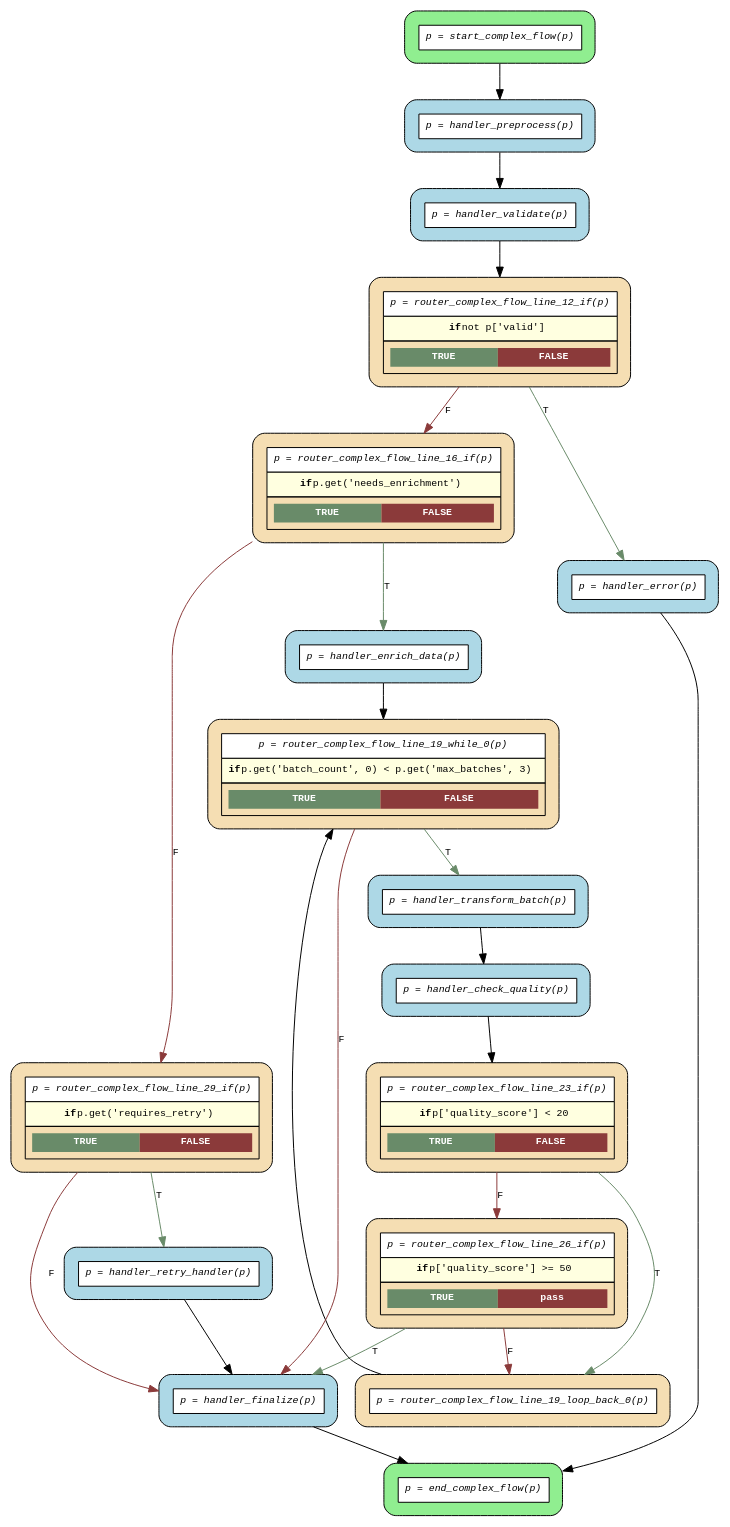
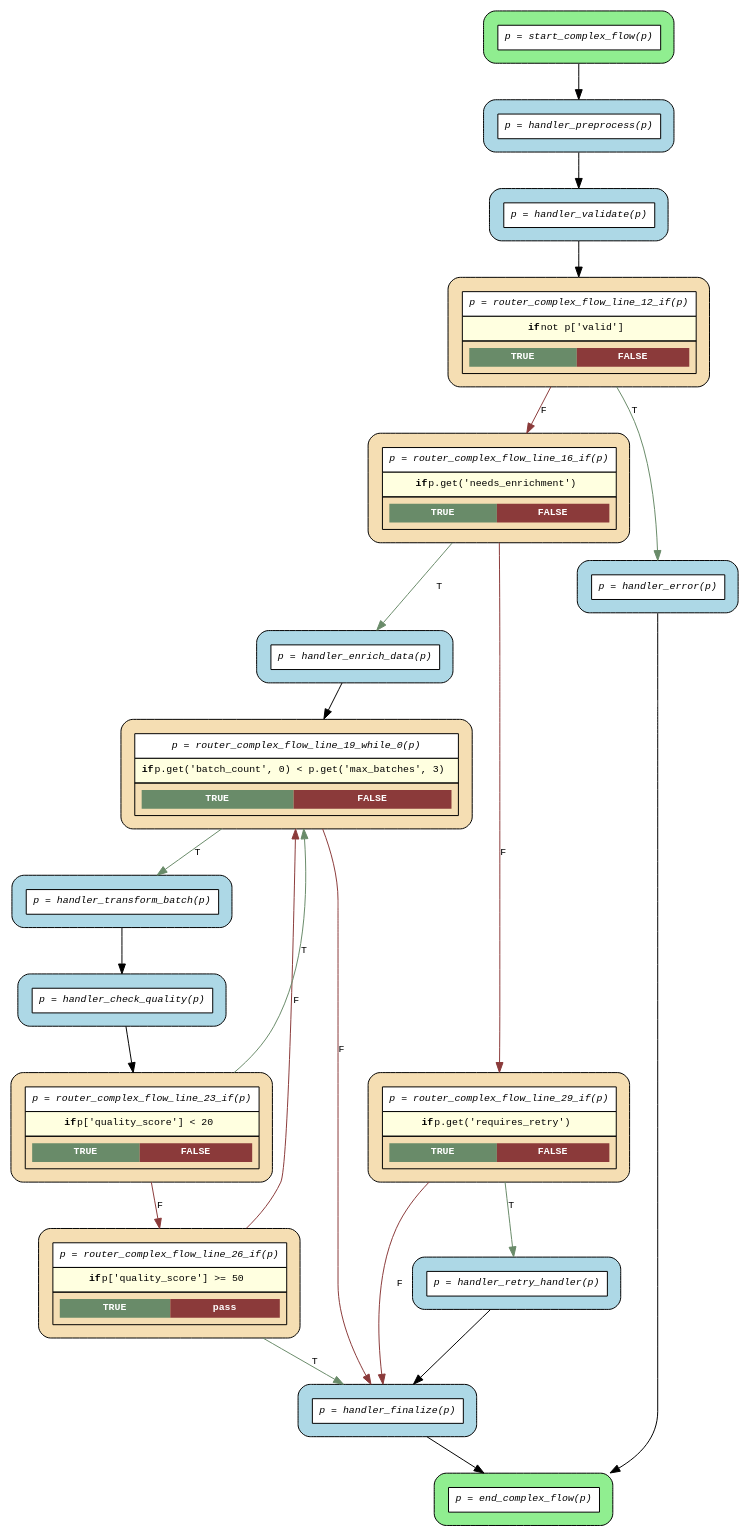
The diagram in examples/flows/compiled/complex_with_while/flow.dot (deliveryhero/asya), drawn with Graphviz before and after one commit. The commit also changed 40 other files, not shown here.

First line of the commit message:
fix(grouper): eliminate no-op loop_back routers for conditional while loops

```diff
--- a/examples/flows/compiled/complex_with_while/flow.dot
+++ b/examples/flows/compiled/complex_with_while/flow.dot
@@ -1,47 +1,45 @@
 digraph flow {
   rankdir=TB;
   graph [fontname="Courier", fontsize=10];
   node [fontname="Courier", fontsize=10, shape=box, style="filled,rounded", margin="0.2"];
   edge [fontname="Courier", fontsize=10];
 
   start_complex_flow [fillcolor="lightgreen", label=<<table border="0" cellspacing="0" cellpadding="6" cellborder="1"><tr><td bgcolor="white" align="center"><i>p = start_complex_flow(p)</i></td></tr></table>>];
   router_complex_flow_line_26_if [fillcolor="wheat", label=<<table border="0" cellspacing="0" cellpadding="6" cellborder="1"><tr><td bgcolor="white" align="center"><i>p = router_complex_flow_line_26_if(p)</i></td></tr><tr><td bgcolor="lightyellow"><b>if</b> p['quality_score'] &gt;= 50</td></tr><tr><td><table border="0" cellspacing="0" cellpadding="4"><tr><td bgcolor="darkseagreen4"><font color="white"><b>TRUE</b></font></td><td bgcolor="indianred4"><font color="white"><b>pass</b></font></td></tr></table></td></tr></table>>];
   router_complex_flow_line_23_if [fillcolor="wheat", label=<<table border="0" cellspacing="0" cellpadding="6" cellborder="1"><tr><td bgcolor="white" align="center"><i>p = router_complex_flow_line_23_if(p)</i></td></tr><tr><td bgcolor="lightyellow"><b>if</b> p['quality_score'] &lt; 20</td></tr><tr><td><table border="0" cellspacing="0" cellpadding="4"><tr><td bgcolor="darkseagreen4"><font color="white"><b>TRUE</b></font></td><td bgcolor="indianred4"><font color="white"><b>FALSE</b></font></td></tr></table></td></tr></table>>];
-  router_complex_flow_line_19_loop_back_0 [fillcolor="wheat", label=<<table border="0" cellspacing="0" cellpadding="6" cellborder="1"><tr><td bgcolor="white" align="center"><i>p = router_complex_flow_line_19_loop_back_0(p)</i></td></tr></table>>];
   router_complex_flow_line_19_while_0 [fillcolor="wheat", label=<<table border="0" cellspacing="0" cellpadding="6" cellborder="1"><tr><td bgcolor="white" align="center"><i>p = router_complex_flow_line_19_while_0(p)</i></td></tr><tr><td bgcolor="lightyellow"><b>if</b> p.get('batch_count', 0) &lt; p.get('max_batches', 3)</td></tr><tr><td><table border="0" cellspacing="0" cellpadding="4"><tr><td bgcolor="darkseagreen4"><font color="white"><b>TRUE</b></font></td><td bgcolor="indianred4"><font color="white"><b>FALSE</b></font></td></tr></table></td></tr></table>>];
   router_complex_flow_line_29_if [fillcolor="wheat", label=<<table border="0" cellspacing="0" cellpadding="6" cellborder="1"><tr><td bgcolor="white" align="center"><i>p = router_complex_flow_line_29_if(p)</i></td></tr><tr><td bgcolor="lightyellow"><b>if</b> p.get('requires_retry')</td></tr><tr><td><table border="0" cellspacing="0" cellpadding="4"><tr><td bgcolor="darkseagreen4"><font color="white"><b>TRUE</b></font></td><td bgcolor="indianred4"><font color="white"><b>FALSE</b></font></td></tr></table></td></tr></table>>];
   router_complex_flow_line_16_if [fillcolor="wheat", label=<<table border="0" cellspacing="0" cellpadding="6" cellborder="1"><tr><td bgcolor="white" align="center"><i>p = router_complex_flow_line_16_if(p)</i></td></tr><tr><td bgcolor="lightyellow"><b>if</b> p.get('needs_enrichment')</td></tr><tr><td><table border="0" cellspacing="0" cellpadding="4"><tr><td bgcolor="darkseagreen4"><font color="white"><b>TRUE</b></font></td><td bgcolor="indianred4"><font color="white"><b>FALSE</b></font></td></tr></table></td></tr></table>>];
   router_complex_flow_line_12_if [fillcolor="wheat", label=<<table border="0" cellspacing="0" cellpadding="6" cellborder="1"><tr><td bgcolor="white" align="center"><i>p = router_complex_flow_line_12_if(p)</i></td></tr><tr><td bgcolor="lightyellow"><b>if</b> not p['valid']</td></tr><tr><td><table border="0" cellspacing="0" cellpadding="4"><tr><td bgcolor="darkseagreen4"><font color="white"><b>TRUE</b></font></td><td bgcolor="indianred4"><font color="white"><b>FALSE</b></font></td></tr></table></td></tr></table>>];
   end_complex_flow [fillcolor="lightgreen", label=<<table border="0" cellspacing="0" cellpadding="6" cellborder="1"><tr><td bgcolor="white" align="center"><i>p = end_complex_flow(p)</i></td></tr></table>>];
   handler_check_quality [fillcolor="lightblue", label=<<table border="0" cellspacing="0" cellpadding="6" cellborder="1"><tr><td bgcolor="white" align="center"><i>p = handler_check_quality(p)</i></td></tr></table>>];
   handler_enrich_data [fillcolor="lightblue", label=<<table border="0" cellspacing="0" cellpadding="6" cellborder="1"><tr><td bgcolor="white" align="center"><i>p = handler_enrich_data(p)</i></td></tr></table>>];
   handler_error [fillcolor="lightblue", label=<<table border="0" cellspacing="0" cellpadding="6" cellborder="1"><tr><td bgcolor="white" align="center"><i>p = handler_error(p)</i></td></tr></table>>];
   handler_finalize [fillcolor="lightblue", label=<<table border="0" cellspacing="0" cellpadding="6" cellborder="1"><tr><td bgcolor="white" align="center"><i>p = handler_finalize(p)</i></td></tr></table>>];
   handler_preprocess [fillcolor="lightblue", label=<<table border="0" cellspacing="0" cellpadding="6" cellborder="1"><tr><td bgcolor="white" align="center"><i>p = handler_preprocess(p)</i></td></tr></table>>];
   handler_retry_handler [fillcolor="lightblue", label=<<table border="0" cellspacing="0" cellpadding="6" cellborder="1"><tr><td bgcolor="white" align="center"><i>p = handler_retry_handler(p)</i></td></tr></table>>];
   handler_transform_batch [fillcolor="lightblue", label=<<table border="0" cellspacing="0" cellpadding="6" cellborder="1"><tr><td bgcolor="white" align="center"><i>p = handler_transform_batch(p)</i></td></tr></table>>];
   handler_validate [fillcolor="lightblue", label=<<table border="0" cellspacing="0" cellpadding="6" cellborder="1"><tr><td bgcolor="white" align="center"><i>p = handler_validate(p)</i></td></tr></table>>];
 
   handler_check_quality -> router_complex_flow_line_23_if;
   handler_enrich_data -> router_complex_flow_line_19_while_0;
   handler_error -> end_complex_flow;
   handler_finalize -> end_complex_flow;
   handler_preprocess -> handler_validate;
   handler_retry_handler -> handler_finalize;
   handler_transform_batch -> handler_check_quality;
   handler_validate -> router_complex_flow_line_12_if;
   router_complex_flow_line_12_if -> handler_error [label="T", color=darkseagreen4];
   router_complex_flow_line_12_if -> router_complex_flow_line_16_if [label="F", color=indianred4];
   router_complex_flow_line_16_if -> handler_enrich_data [label="T", color=darkseagreen4];
   router_complex_flow_line_16_if -> router_complex_flow_line_29_if [label="F", color=indianred4];
-  router_complex_flow_line_19_loop_back_0 -> router_complex_flow_line_19_while_0 [constraint=false];
   router_complex_flow_line_19_while_0 -> handler_finalize [label="F", color=indianred4];
   router_complex_flow_line_19_while_0 -> handler_transform_batch [label="T", color=darkseagreen4];
-  router_complex_flow_line_23_if -> router_complex_flow_line_19_loop_back_0 [label="T", color=darkseagreen4];
+  router_complex_flow_line_23_if -> router_complex_flow_line_19_while_0 [label="T", color=darkseagreen4];
   router_complex_flow_line_23_if -> router_complex_flow_line_26_if [label="F", color=indianred4];
   router_complex_flow_line_26_if -> handler_finalize [label="T", color=darkseagreen4];
-  router_complex_flow_line_26_if -> router_complex_flow_line_19_loop_back_0 [label="F", color=indianred4];
+  router_complex_flow_line_26_if -> router_complex_flow_line_19_while_0 [label="F", color=indianred4, constraint=false];
   router_complex_flow_line_29_if -> handler_finalize [label="F", color=indianred4];
   router_complex_flow_line_29_if -> handler_retry_handler [label="T", color=darkseagreen4];
   start_complex_flow -> handler_preprocess;
 }
```
